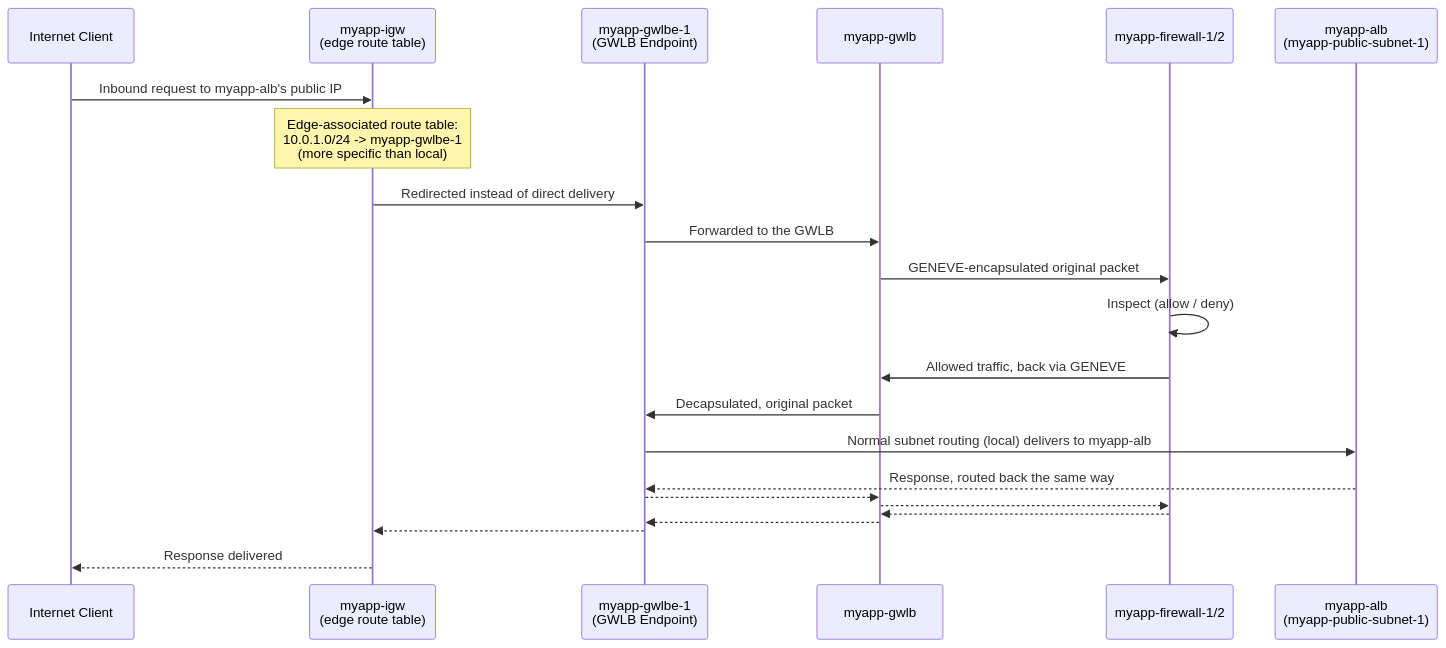
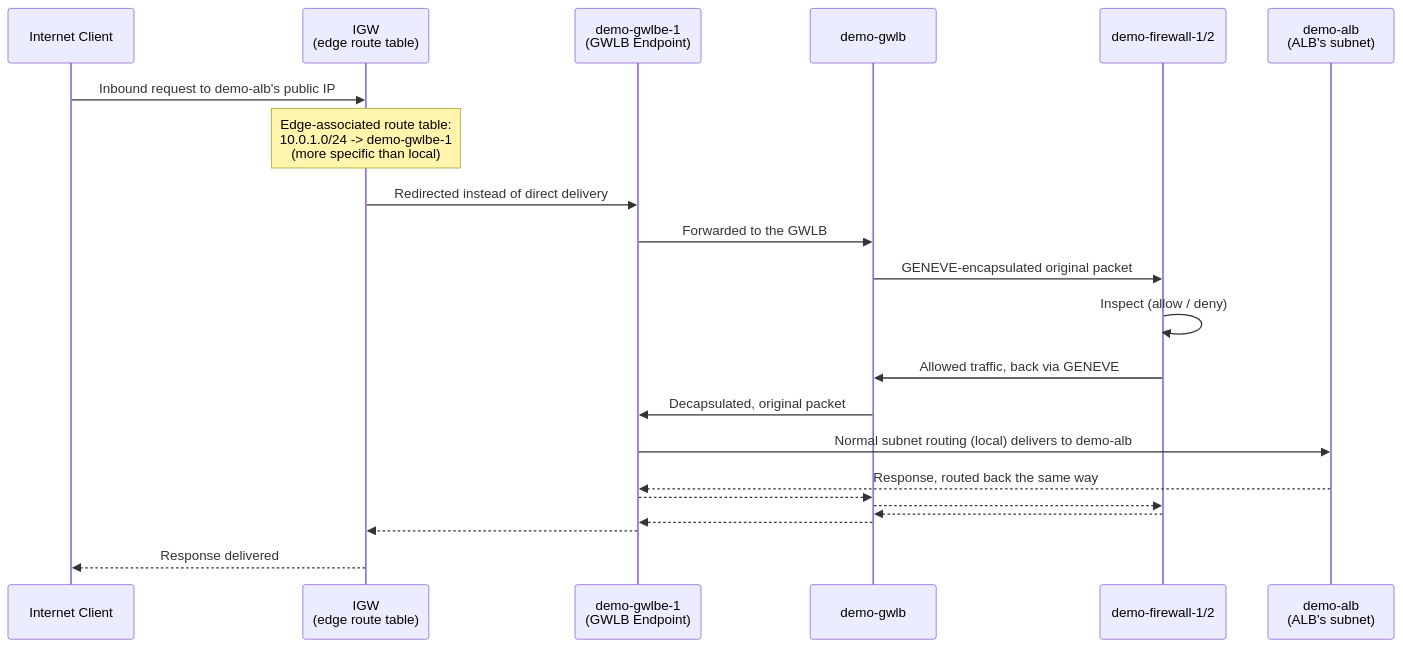
Before and after one commit to msdeepak052/AWS_Imp_Concepts: the diagram in EC2/LoadBalancer/13-VPC-Ingress-Routing-for-GWLB.md, drawn with Mermaid. The commit also changed other lines of this file and 66 other files, not shown here.

````diff
--- a/EC2/LoadBalancer/13-VPC-Ingress-Routing-for-GWLB.md
+++ b/EC2/LoadBalancer/13-VPC-Ingress-Routing-for-GWLB.md
@@ -62,26 +62,26 @@
 ```mermaid
 sequenceDiagram
     participant Client as Internet Client
-    participant IGW as myapp-igw<br/>(edge route table)
-    participant GWLBE as myapp-gwlbe-1<br/>(GWLB Endpoint)
-    participant GWLB as myapp-gwlb
-    participant FW as myapp-firewall-1/2
-    participant ALB as myapp-alb<br/>(myapp-public-subnet-1)
+    participant IGW as IGW<br/>(edge route table)
+    participant GWLBE as demo-gwlbe-1<br/>(GWLB Endpoint)
+    participant GWLB as demo-gwlb
+    participant FW as demo-firewall-1/2
+    participant ALB as demo-alb<br/>(ALB's subnet)
 
-    Client->>IGW: Inbound request to myapp-alb's public IP
-    Note over IGW: Edge-associated route table:<br/>10.0.1.0/24 -> myapp-gwlbe-1<br/>(more specific than local)
+    Client->>IGW: Inbound request to demo-alb's public IP
+    Note over IGW: Edge-associated route table:<br/>10.0.1.0/24 -> demo-gwlbe-1<br/>(more specific than local)
     IGW->>GWLBE: Redirected instead of direct delivery
     GWLBE->>GWLB: Forwarded to the GWLB
     GWLB->>FW: GENEVE-encapsulated original packet
     FW->>FW: Inspect (allow / deny)
     FW->>GWLB: Allowed traffic, back via GENEVE
     GWLB->>GWLBE: Decapsulated, original packet
-    GWLBE->>ALB: Normal subnet routing (local) delivers to myapp-alb
+    GWLBE->>ALB: Normal subnet routing (local) delivers to demo-alb
     ALB-->>GWLBE: Response, routed back the same way
     GWLBE-->>GWLB: 
     GWLB-->>FW: 
     FW-->>GWLB: 
     GWLB-->>GWLBE: 
     GWLBE-->>IGW: 
     IGW-->>Client: Response delivered
 ```
````
